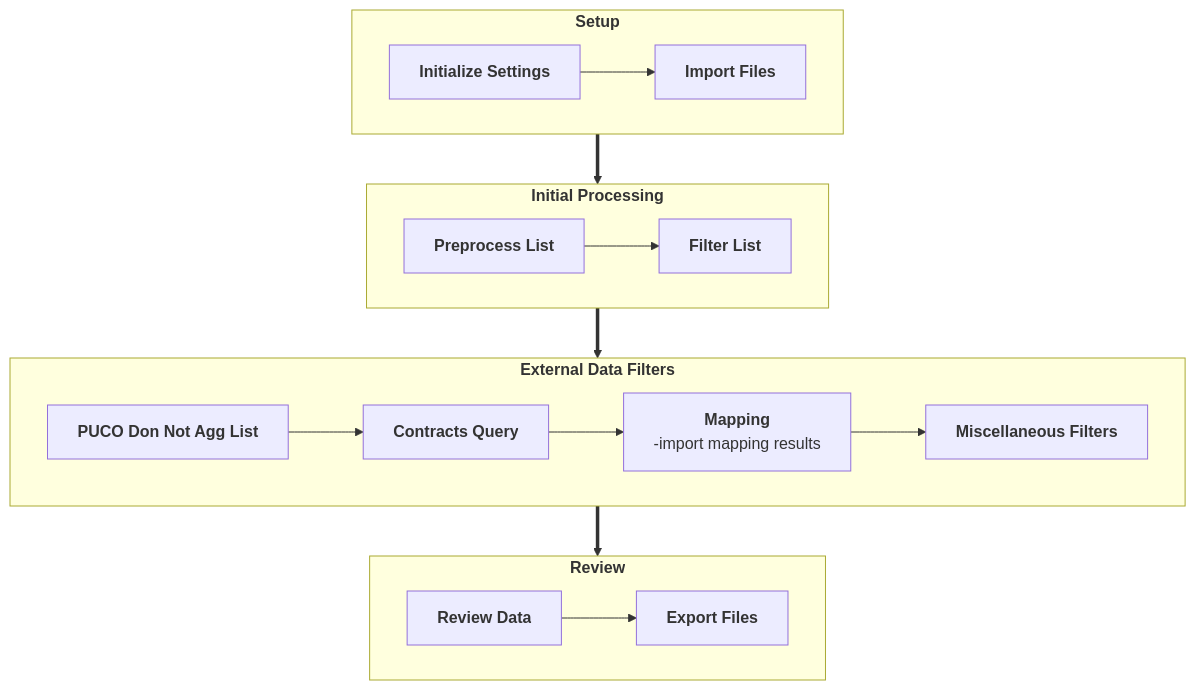
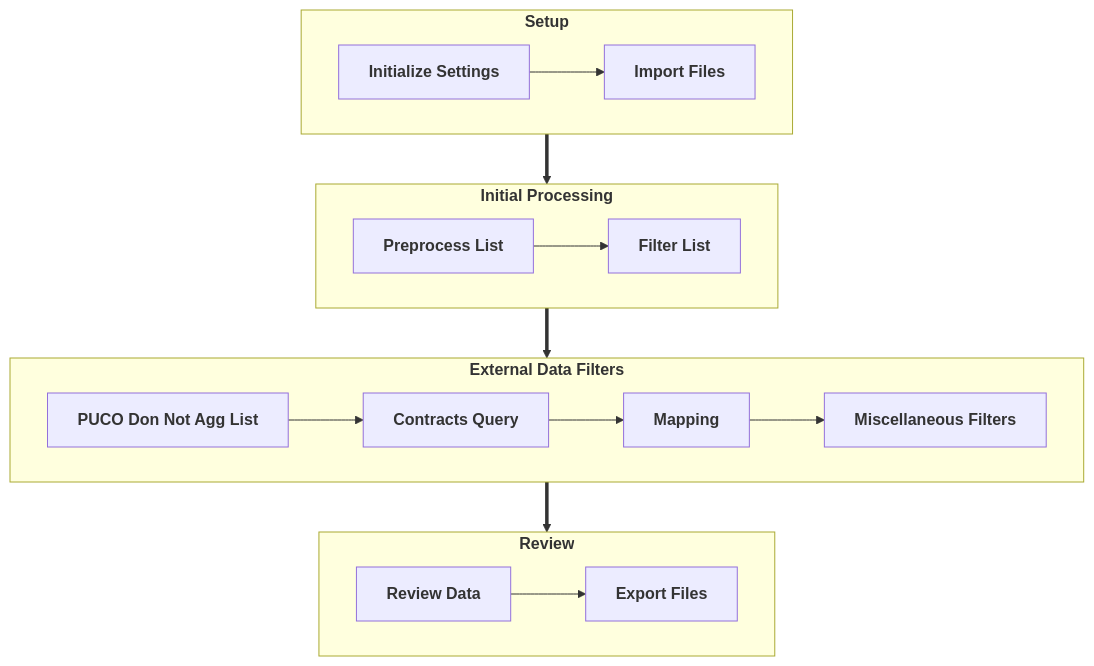
Before and after one commit to vistra-muniagg/List-Management-Tool: the first of 4 diagrams in DIAGRAMS.md, drawn with Mermaid. The commit also changed other lines of this file, not shown here.

Commit message:
Add Preprocess Data section and update diagram

````diff
--- a/DIAGRAMS.md
+++ b/DIAGRAMS.md
@@ -9,53 +10,53 @@
 ```mermaid
 
 %%{init: {
   "theme": "base",
   "themeVariables": {
     "fontSize": "12px",
     "fontFamily": "Segoe UI",
     "primaryColor": "#eef6ff",          %% node fill
     "primaryBorderColor": "#1e40af",    %% node border
     "primaryTextColor": "#0f172a",      %% node text
     "lineColor": "#1e40af"
   }
 }}%%
 
 flowchart TB
 
 classDef classNode fill:#eef6ff,stroke:#1e40af,stroke-width:2px,font-size:12px
 
 %% Nodes
 Initialize["<b>Initialize</b><br>-define_macro_settings<br>-define_EDC<br>-define_mail_type<br>"]
 Import_Files["<b>Import_Files</b><br>-import_gagg_list<br>-import_active_list<br>-import_supplier_list<br>-trim_data"]
 Preprocess_List["<b>Preprocess_List</b><br>-create_filter_tab<br>-create_mapping_file<br>-populate_filter_tab"]
 Filter_List["<b>Filter_List</b><br>-remove_duplicates<br>-pipp<br>-state_rules<br>-usage<br>-shopping<br>-arrears<br>-national_chains"]
 PUCO_Do_Not_Agg["<b>PUCO_Do_Not_Agg</b><br>-account_number_match<br>-service_address_match<br>-manual_name_comparison"]
 Contracts_Query["<b>Contracts_Query</b><br>-import_snowflake_file<br>-dedupe_query_results<br>-active_accounts<br>-previous_opt_outs"]
-Mapping["<b>Mapping</b><br>-import mapping results"]
+Mapping["<b>Mapping</b>"]
 Misc_Filters["<b>Miscellaneous Filters</b><br>-DUKE sibling accounts<br>-LP Premise Mismatch"]
 Review_Data["<b>Review Data</b>"]
 Export_Files["<b>Export Files</b>"]
 
 subgraph Setup["<b>Setup</b>"]
 direction LR
     Initialize["<b>Initialize Settings</b>"] --> Import_Files["<b>Import Files</b>"]
 end
 
 subgraph Initial_Processing["<b>Initial Processing</b>"]
 direction LR
     Preprocess_List["<b>Preprocess List</b>"] --> Filter_List["<b>Filter List</b>"]
 end
 
 subgraph External_Data_Filters["<b>External Data Filters</b>"]
 direction LR
     PUCO_Do_Not_Agg["<b>PUCO Don Not Agg List</b>"] --> Contracts_Query["<b>Contracts Query</b>"] --> Mapping --> Misc_Filters["<b>Miscellaneous Filters</b>"]
 end
 
 subgraph Review["<b>Review</b>"]
 direction LR
     Review_Data["<b>Review Data</b>"] --> Export_Files["<b>Export Files</b>"]
 end
 
 Setup ==> Initial_Processing["<b>Initial Processing</b>"] ==> External_Data_Filters["<b>External Data Filters</b>"] ==> Review
 
 ```
````
